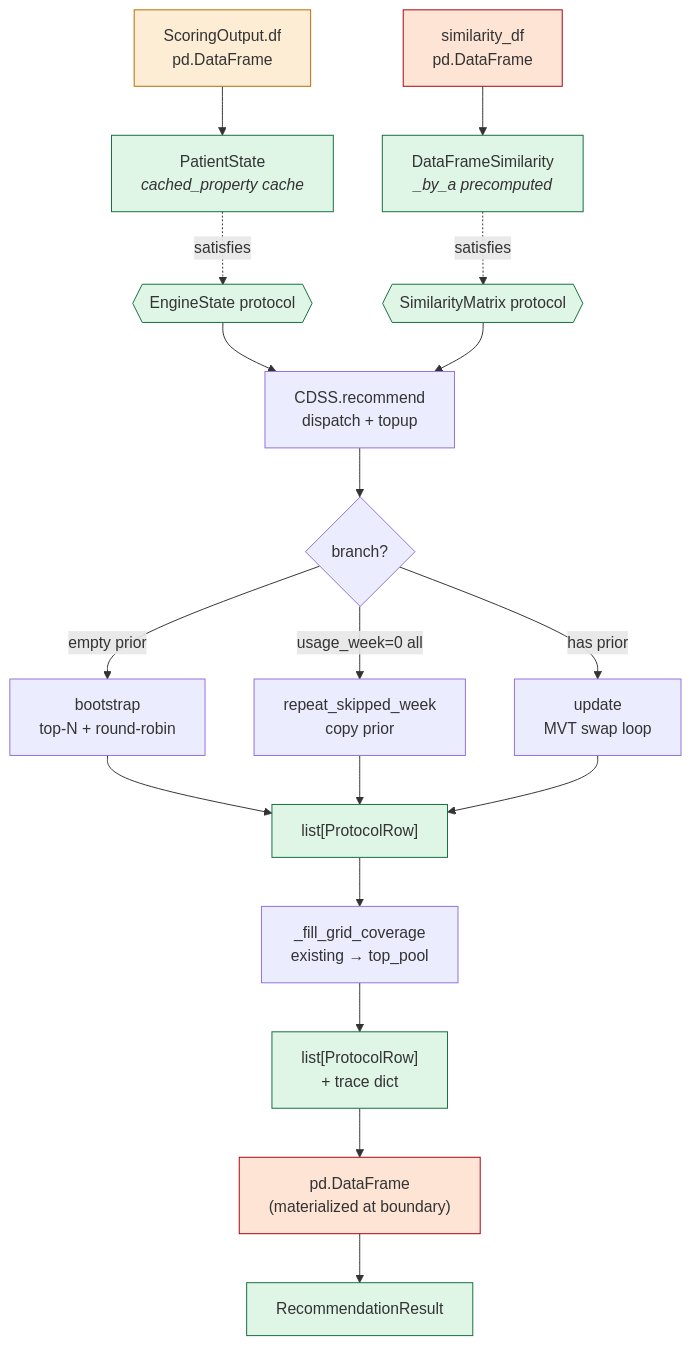
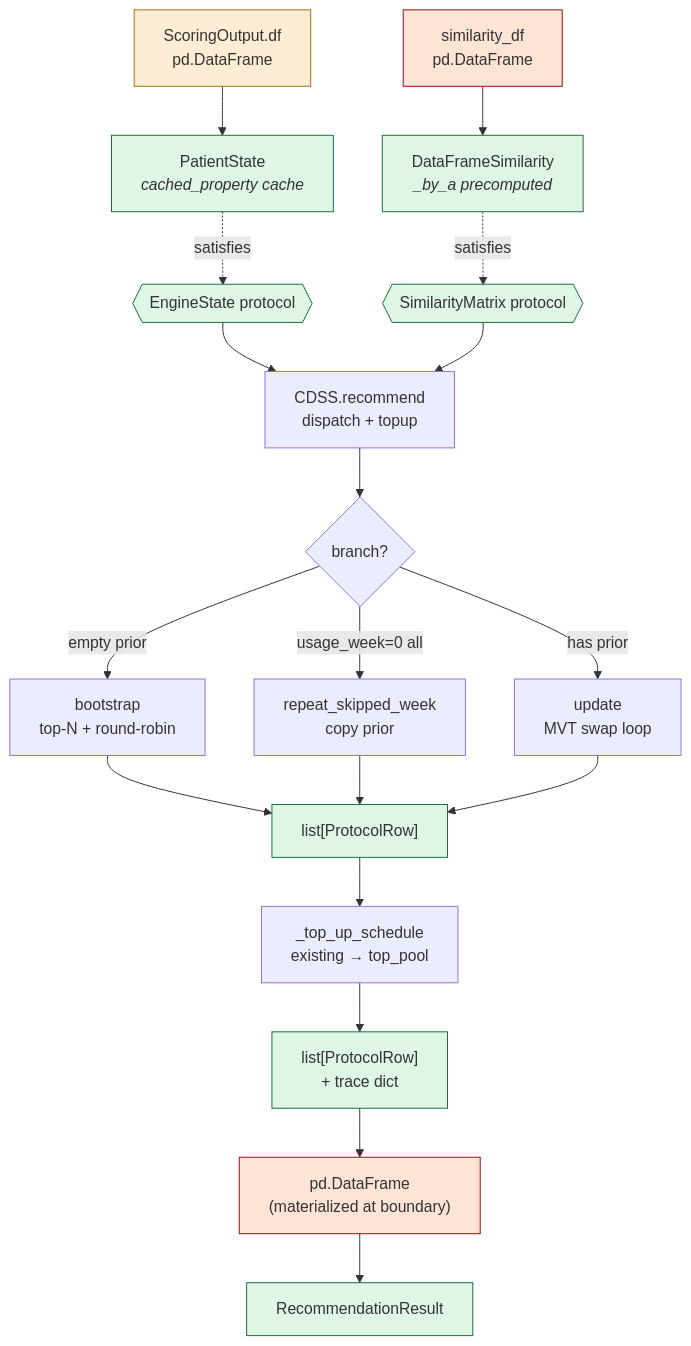
Before and after one commit to dabadav/ai-cdss: the third of 5 diagrams in docs/dataflow.md, drawn with Mermaid. The commit also changed other lines of this file and 23 other files, not shown here.

````diff
--- a/docs/dataflow.md
+++ b/docs/dataflow.md
@@ -103,45 +103,45 @@
 ```mermaid
 flowchart TD
     SO["ScoringOutput.df<br/>pd.DataFrame"]
     SIM["similarity_df<br/>pd.DataFrame"]
     DFBS["PatientState<br/><i>cached_property cache</i>"]
     DFSIM["DataFrameSimilarity<br/><i>_by_a precomputed</i>"]
     ES{{"EngineState protocol"}}
     SM{{"SimilarityMatrix protocol"}}
     CDSS["CDSS.recommend<br/>dispatch + topup"]
     BRANCH{branch?}
     BOOT["bootstrap<br/>top-N + round-robin"]
     REP["repeat_skipped_week<br/>copy prior"]
     UPD["update<br/>MVT swap loop"]
     ROWS["list[ProtocolRow]"]
-    TOPUP["_fill_grid_coverage<br/>existing → top_pool"]
+    TOPUP["_top_up_schedule<br/>existing → top_pool"]
     FINAL["list[ProtocolRow]<br/>+ trace dict"]
     DF["pd.DataFrame<br/>(materialized at boundary)"]
     RR["RecommendationResult"]
 
     SO --> DFBS
     SIM --> DFSIM
     DFBS -.satisfies.-> ES
     DFSIM -.satisfies.-> SM
     ES --> CDSS
     SM --> CDSS
     CDSS --> BRANCH
     BRANCH -- empty prior --> BOOT
     BRANCH -- usage_week=0 all --> REP
     BRANCH -- has prior --> UPD
     BOOT --> ROWS
     REP --> ROWS
     UPD --> ROWS
     ROWS --> TOPUP --> FINAL --> DF --> RR
 
     style ES fill:#dff5e6,stroke:#136f3e
     style SM fill:#dff5e6,stroke:#136f3e
     style DFBS fill:#dff5e6,stroke:#136f3e
     style DFSIM fill:#dff5e6,stroke:#136f3e
     style RR fill:#dff5e6,stroke:#136f3e
     style ROWS fill:#dff5e6,stroke:#136f3e
     style FINAL fill:#dff5e6,stroke:#136f3e
     style SO fill:#fdedd4,stroke:#b46b00
     style SIM fill:#fde4d4,stroke:#a8000d
     style DF fill:#fde4d4,stroke:#a8000d
 ```
````
